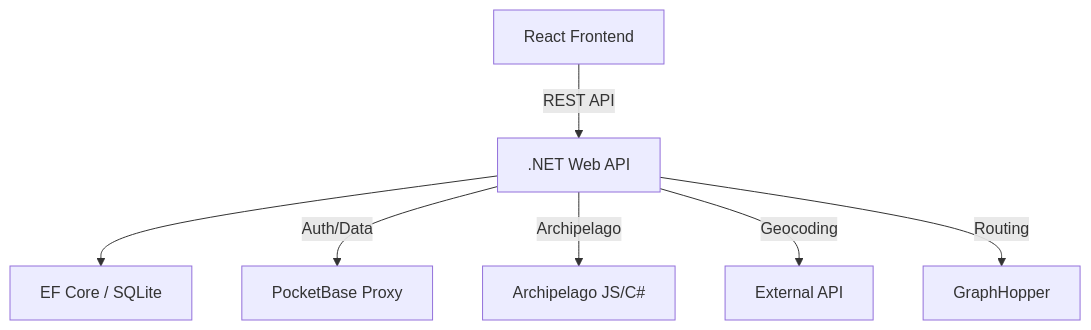
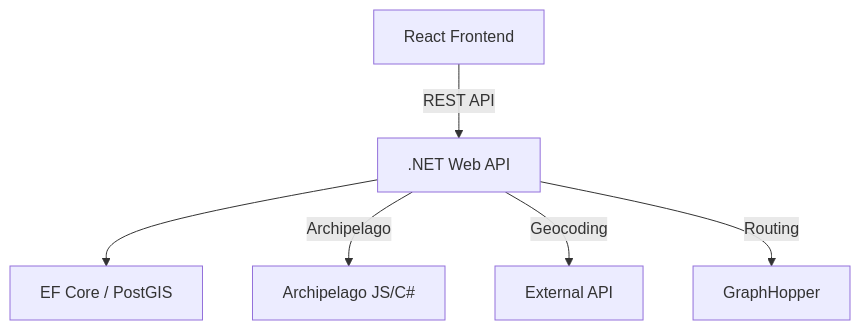
The diagram in ARCHITECTURE.md (alexkibler/bikeapelago-react), drawn with Mermaid before and after one commit. The commit also changed other lines of this file and 67 other files, not shown here.

````diff
--- a/ARCHITECTURE.md
+++ b/ARCHITECTURE.md
@@ -7,9 +7,8 @@
 ```mermaid
 graph TD
   A[React Frontend] -->|REST API| B[.NET Web API]
-  B --> C[EF Core / SQLite]
-  B -->|Auth/Data| D[PocketBase Proxy]
+  B --> C[EF Core / PostGIS]
   B -->|Archipelago| E[Archipelago JS/C#]
   B -->|Geocoding| F[External API]
   B -->|Routing| G[GraphHopper]
 ```
````
